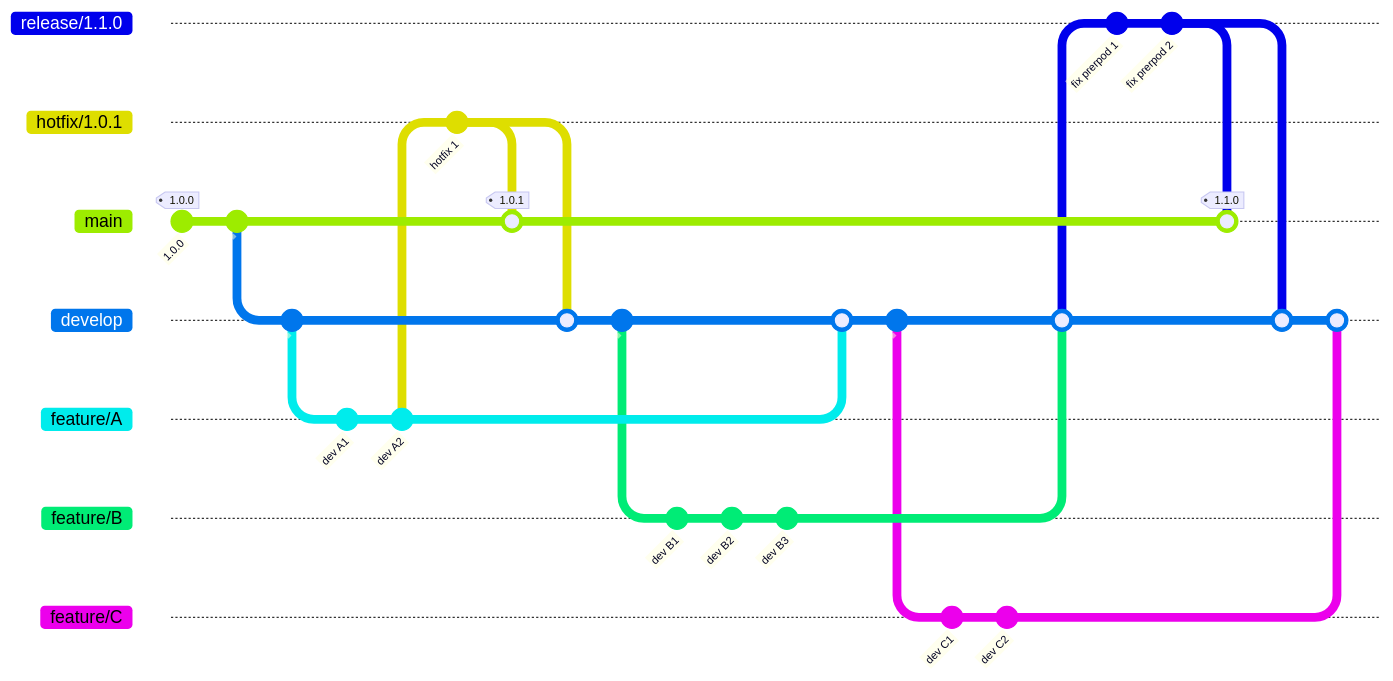
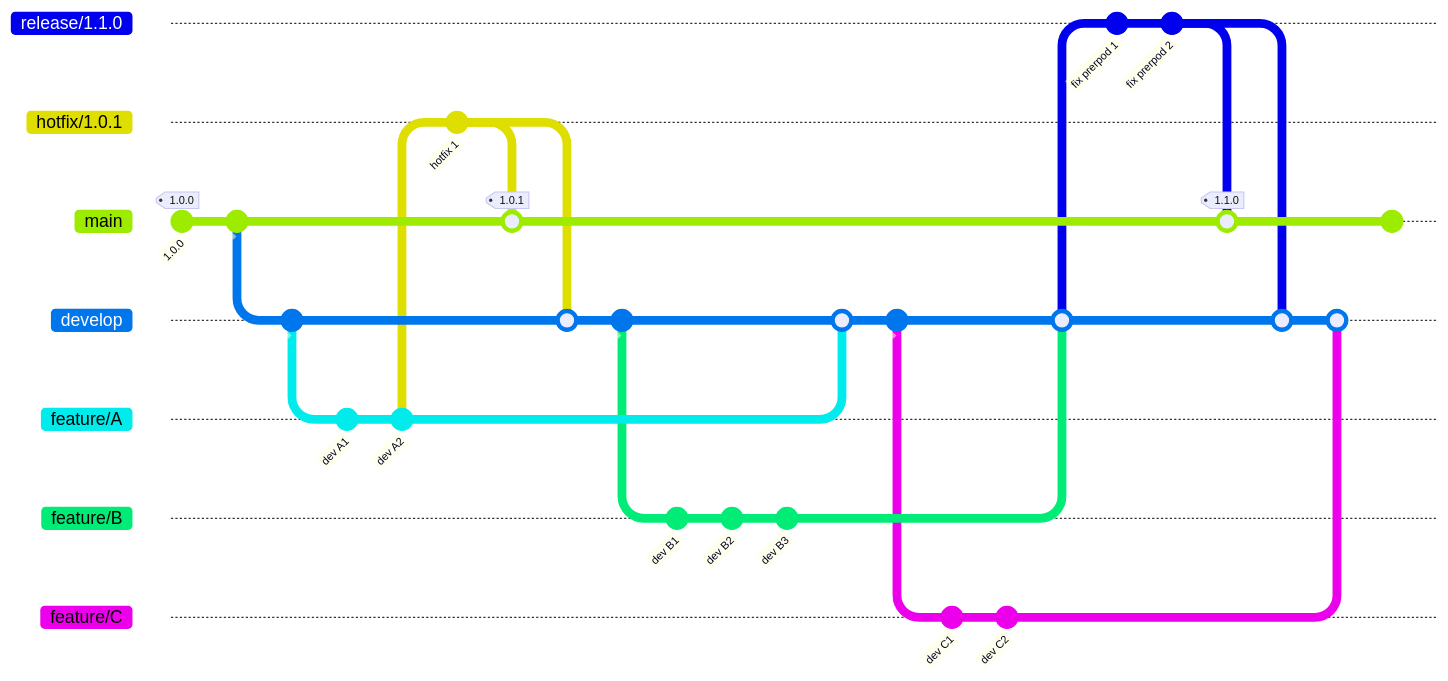
The first of 2 diagrams in docs/process/GitFlowAvh.md (Zeguym/DotnetWorkshop), drawn with Mermaid before and after one commit. The commit also changed other lines of this file, not shown here.

````diff
--- a/docs/process/GitFlowAvh.md
+++ b/docs/process/GitFlowAvh.md
@@ -51,56 +52,58 @@
 ```mermaid
 ---
 config:
   gitGraph:
     mainBranchOrder: 2
 ---
       gitGraph
          commit id:"1.0.0" tag:"1.0.0"
          commit id:"   "
          branch develop order: 3
          checkout develop
          commit id:"  "
          branch feature/A order: 4
          commit id:"dev A1"
          commit id:"dev A2"
          
          branch hotfix/1.0.1 order: 1
          commit id:"hotfix 1"
 
          checkout main
          merge hotfix/1.0.1  tag:"1.0.1"
          
          checkout develop
          merge hotfix/1.0.1 
         commit id:"    "
          checkout develop
          branch feature/B order: 5
          commit id:"dev B1"
          commit id:"dev B2"
          commit id:"dev B3"
          
          checkout develop
          merge feature/A
                   
          checkout develop
          commit id:" "
          branch feature/C order: 6
          commit id:"dev C1"
          commit id:"dev C2"
          
          checkout develop
          merge feature/B
         
          branch release/1.1.0 order: 0
          commit id:"fix prerpod 1"
          commit id:"fix prerpod 2"
          
 
 
          checkout main
          merge release/1.1.0 tag: "1.1.0"
 
          checkout develop
          merge release/1.1.0
          merge feature/C
+         checkout main
+         commit id:"         "
 ```
````
